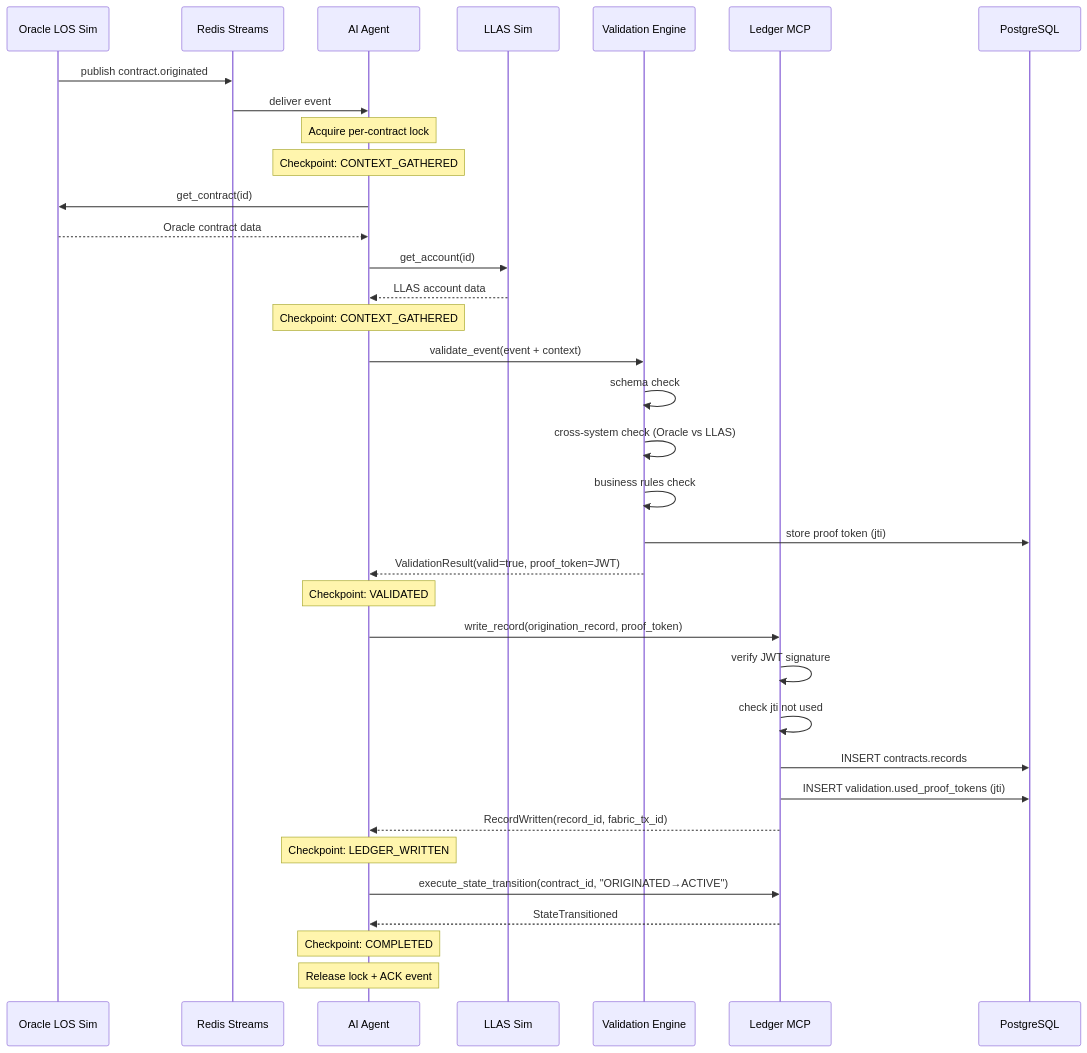
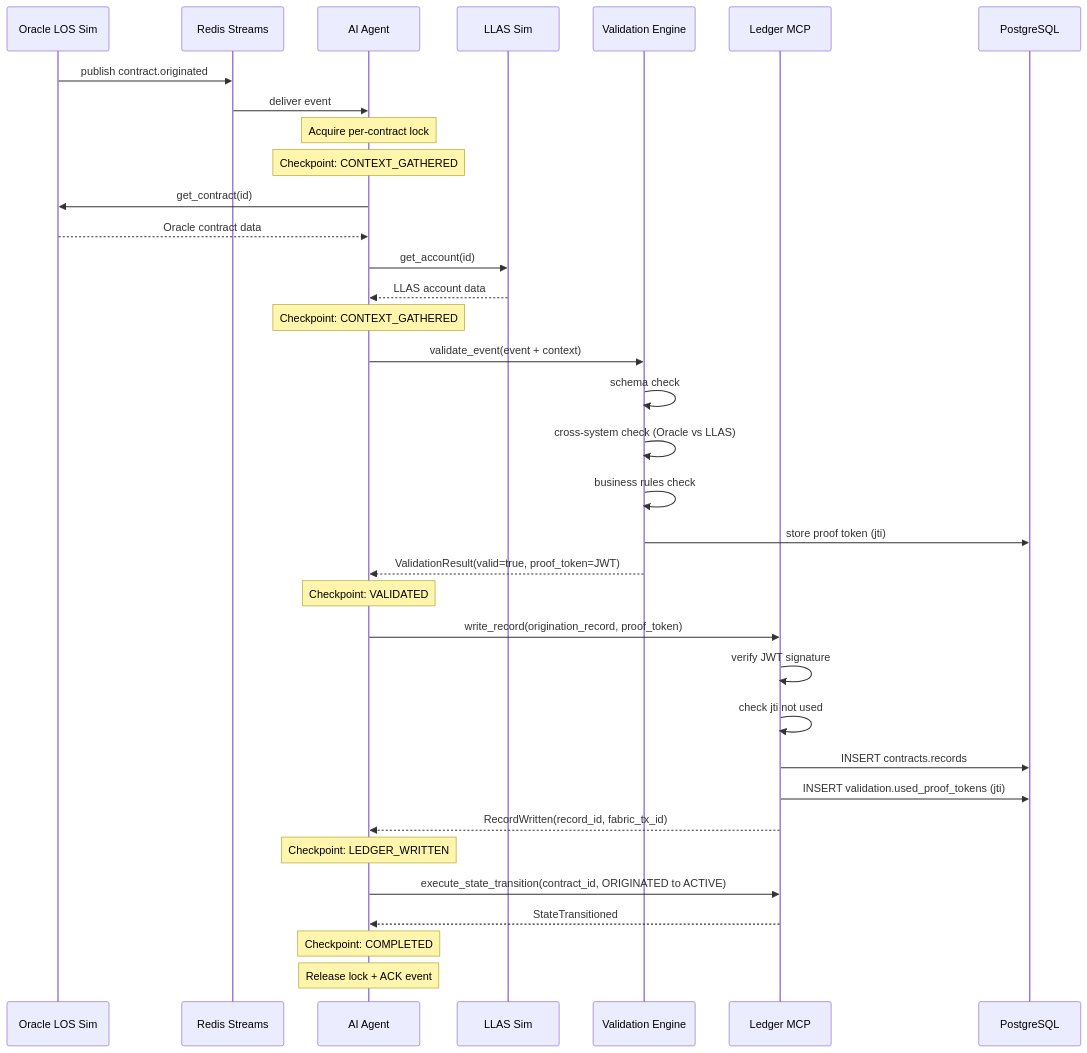
One commit to rame10566/smartledger changed the third of 10 diagrams in docs/ARCHITECTURE.md. Above: the diagram before and after it, drawn with Mermaid.

Commit message:
fix: remove double quotes in sequence diagram message label (breaks Mermaid parser)

````diff
--- a/docs/ARCHITECTURE.md
+++ b/docs/ARCHITECTURE.md
@@ -110,47 +110,47 @@
 ```mermaid
 sequenceDiagram
     participant OL as Oracle LOS Sim
     participant Bus as Redis Streams
     participant Agent as AI Agent
     participant LLAS as LLAS Sim
     participant VAL as Validation Engine
     participant LED as Ledger MCP
     participant PG as PostgreSQL
 
     OL->>Bus: publish contract.originated
     Bus->>Agent: deliver event
 
     Note over Agent: Acquire per-contract lock
     Note over Agent: Checkpoint: CONTEXT_GATHERED
 
     Agent->>OL: get_contract(id)
     OL-->>Agent: Oracle contract data
     Agent->>LLAS: get_account(id)
     LLAS-->>Agent: LLAS account data
 
     Note over Agent: Checkpoint: CONTEXT_GATHERED
 
     Agent->>VAL: validate_event(event + context)
     VAL->>VAL: schema check
     VAL->>VAL: cross-system check (Oracle vs LLAS)
     VAL->>VAL: business rules check
     VAL->>PG: store proof token (jti)
     VAL-->>Agent: ValidationResult(valid=true, proof_token=JWT)
 
     Note over Agent: Checkpoint: VALIDATED
 
     Agent->>LED: write_record(origination_record, proof_token)
     LED->>LED: verify JWT signature
     LED->>LED: check jti not used
     LED->>PG: INSERT contracts.records
     LED->>PG: INSERT validation.used_proof_tokens (jti)
     LED-->>Agent: RecordWritten(record_id, fabric_tx_id)
 
     Note over Agent: Checkpoint: LEDGER_WRITTEN
 
-    Agent->>LED: execute_state_transition(contract_id, "ORIGINATED→ACTIVE")
+    Agent->>LED: execute_state_transition(contract_id, ORIGINATED to ACTIVE)
     LED-->>Agent: StateTransitioned
 
     Note over Agent: Checkpoint: COMPLETED
     Note over Agent: Release lock + ACK event
 ```
````
